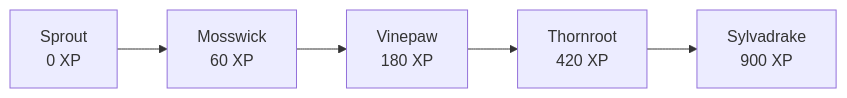
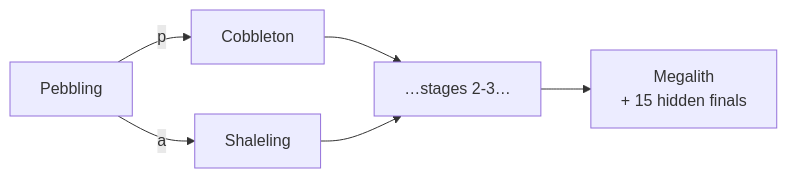
Before and after one commit to trantechsolutions/pyxie-workout: the seventh of 8 diagrams in docs/wiki/PYXIE-WIKI.md, drawn with Mermaid. The commit also changed other lines of this file and 135 other files, not shown here.

````diff
--- a/docs/wiki/PYXIE-WIKI.md
+++ b/docs/wiki/PYXIE-WIKI.md
@@ -92,7 +304,8 @@
 ```mermaid
 graph LR
-  V1[Sprout<br/>0 XP] --> V2[Mosswick<br/>60 XP]
-  V2 --> V3[Vinepaw<br/>180 XP]
-  V3 --> V4[Thornroot<br/>420 XP]
-  V4 --> V5[Sylvadrake<br/>900 XP]
+  S0[Pebbling] -->|p| S1P[Cobbleton]
+  S0 -->|a| S1A[Shaleling]
+  S1P --> S2[…stages 2-3…]
+  S1A --> S2
+  S2 --> S4[Megalith<br/>+ 15 hidden finals]
 ```
````
